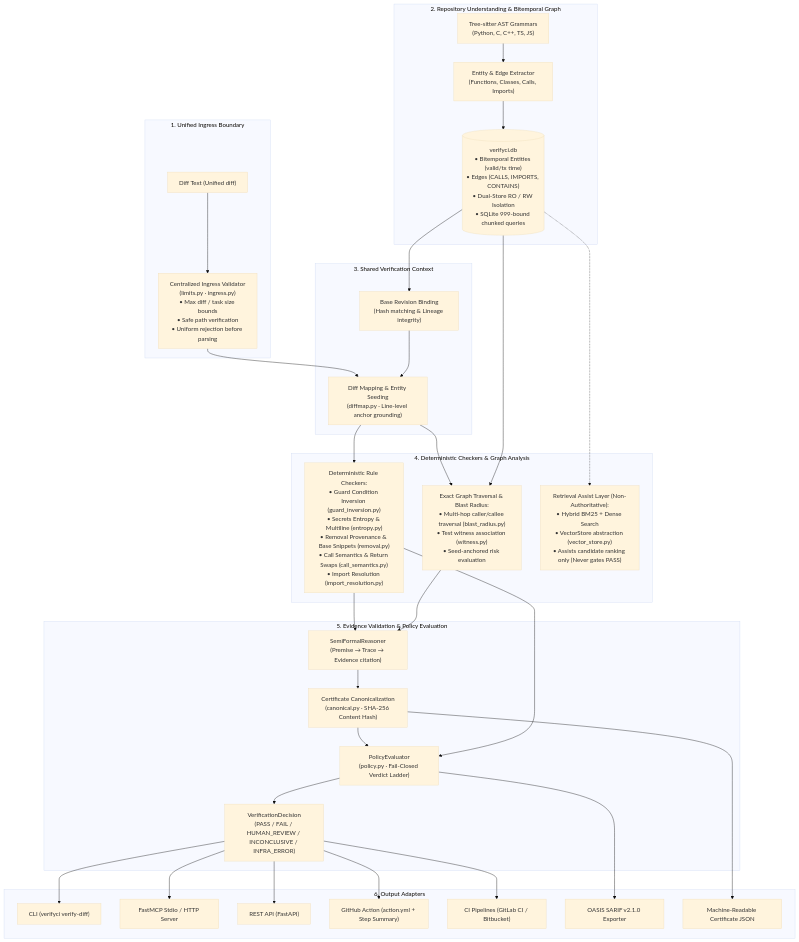
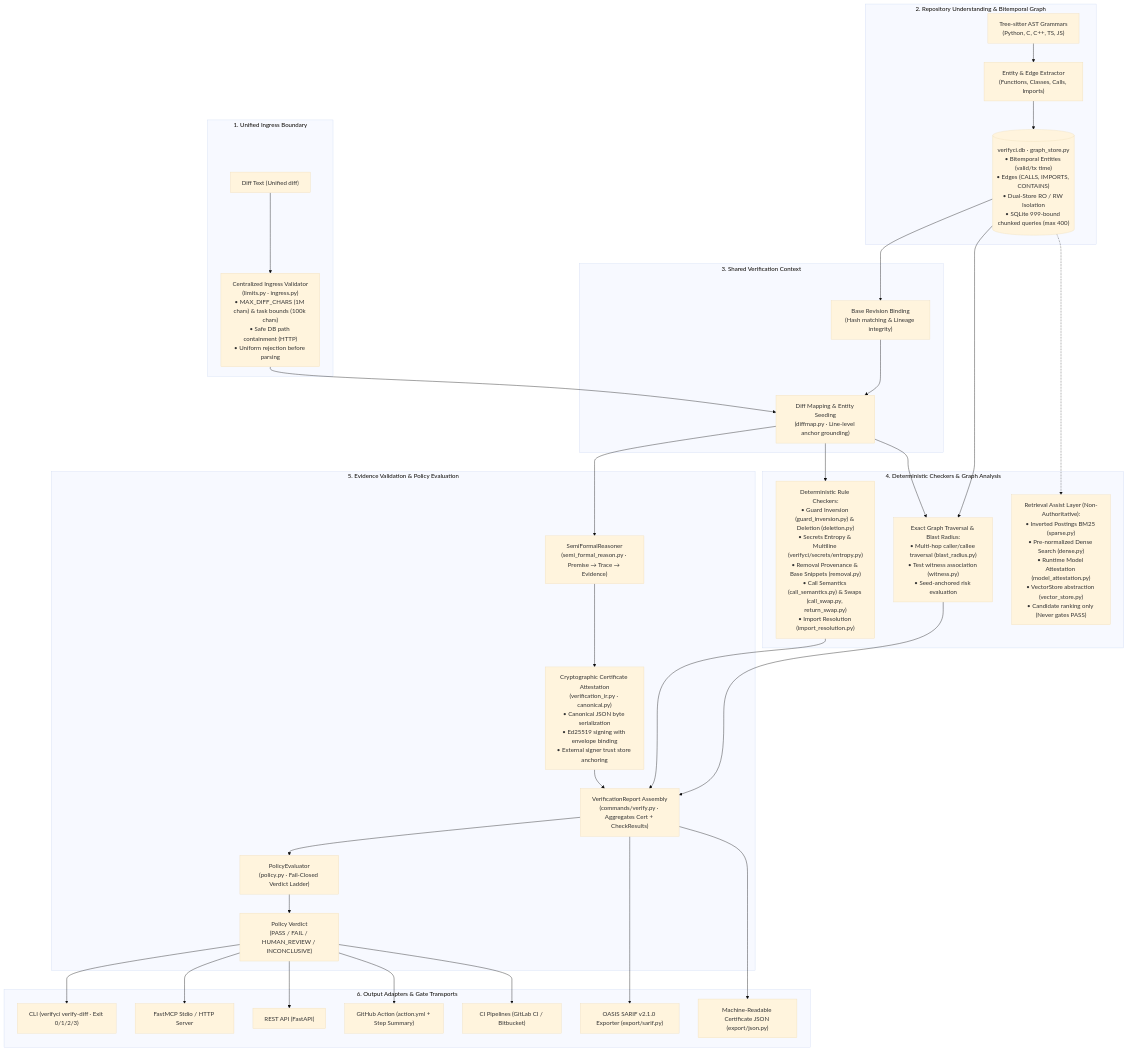
One commit to NeutronZero/VerifyCI changed the diagram in docs/architecture.md. Above: the diagram before and after it, drawn with Mermaid (base theme). The commit also changed other lines of this file, not shown here.

Commit message:
docs(architecture): update architecture specification and pipeline flow with subagent audit refinements

````diff
--- a/docs/architecture.md
+++ b/docs/architecture.md
@@ -11,69 +11,71 @@
 ```mermaid
 flowchart TD
     subgraph Stage1["1. Unified Ingress Boundary"]
         RawDiff["Diff Text (Unified diff)"]
-        Ingress["Centralized Ingress Validator\n(limits.py · ingress.py)\n• Max diff / task size bounds\n• Safe path verification\n• Uniform rejection before parsing"]
+        Ingress["Centralized Ingress Validator\n(limits.py · ingress.py)\n• MAX_DIFF_CHARS (1M chars) & task bounds (100k chars)\n• Safe DB path containment (HTTP)\n• Uniform rejection before parsing"]
     end
 
     subgraph Stage2["2. Repository Understanding & Bitemporal Graph"]
         TreeSitter["Tree-sitter AST Grammars\n(Python, C, C++, TS, JS)"]
         Extractor["Entity & Edge Extractor\n(Functions, Classes, Calls, Imports)"]
-        GraphDB[("verifyci.db\n• Bitemporal Entities (valid/tx time)\n• Edges (CALLS, IMPORTS, CONTAINS)\n• Dual-Store RO / RW Isolation\n• SQLite 999-bound chunked queries")]
+        GraphDB[("verifyci.db · graph_store.py\n• Bitemporal Entities (valid/tx time)\n• Edges (CALLS, IMPORTS, CONTAINS)\n• Dual-Store RO / RW Isolation\n• SQLite 999-bound chunked queries (max 400)")]
     end
 
     subgraph Stage3["3. Shared Verification Context"]
         DiffMap["Diff Mapping & Entity Seeding\n(diffmap.py · Line-level anchor grounding)"]
         BaseRef["Base Revision Binding\n(Hash matching & Lineage integrity)"]
     end
 
     subgraph Stage4["4. Deterministic Checkers & Graph Analysis"]
-        Checkers["Deterministic Rule Checkers:\n• Guard Condition Inversion (guard_inversion.py)\n• Secrets Entropy & Multiline (entropy.py)\n• Removal Provenance & Base Snippets (removal.py)\n• Call Semantics & Return Swaps (call_semantics.py)\n• Import Resolution (import_resolution.py)"]
+        Checkers["Deterministic Rule Checkers:\n• Guard Inversion (guard_inversion.py) & Deletion (deletion.py)\n• Secrets Entropy & Multiline (verifyci/secrets/entropy.py)\n• Removal Provenance & Base Snippets (removal.py)\n• Call Semantics (call_semantics.py) & Swaps (call_swap.py, return_swap.py)\n• Import Resolution (import_resolution.py)"]
         GraphTraversal["Exact Graph Traversal & Blast Radius:\n• Multi-hop caller/callee traversal (blast_radius.py)\n• Test witness association (witness.py)\n• Seed-anchored risk evaluation"]
-        RetrievalAssist["Retrieval Assist Layer (Non-Authoritative):\n• Hybrid BM25 + Dense Search\n• VectorStore abstraction (vector_store.py)\n• Assists candidate ranking only (Never gates PASS)"]
+        RetrievalAssist["Retrieval Assist Layer (Non-Authoritative):\n• Inverted Postings BM25 (sparse.py)\n• Pre-normalized Dense Search (dense.py)\n• Runtime Model Attestation (model_attestation.py)\n• VectorStore abstraction (vector_store.py)\n• Candidate ranking only (Never gates PASS)"]
     end
 
     subgraph Stage5["5. Evidence Validation & Policy Evaluation"]
-        Reasoner["SemiFormalReasoner\n(Premise → Trace → Evidence citation)"]
-        CertAttest["Certificate Canonicalization\n(canonical.py · SHA-256 Content Hash)"]
+        Reasoner["SemiFormalReasoner\n(semi_formal_reason.py · Premise → Trace → Evidence)"]
+        CertSigning["Cryptographic Certificate Attestation\n(verification_ir.py · canonical.py)\n• Canonical JSON byte serialization\n• Ed25519 signing with envelope binding\n• External signer trust store anchoring"]
+        ReportCompile["VerificationReport Assembly\n(commands/verify.py · Aggregates Cert + CheckResults)"]
         Evaluator["PolicyEvaluator\n(policy.py · Fail-Closed Verdict Ladder)"]
-        Decision["VerificationDecision\n(PASS / FAIL / HUMAN_REVIEW / INCONCLUSIVE / INFRA_ERROR)"]
+        Decision["Policy Verdict\n(PASS / FAIL / HUMAN_REVIEW / INCONCLUSIVE)"]
     end
 
-    subgraph Stage6["6. Output Adapters"]
-        CLI["CLI (verifyci verify-diff)"]
+    subgraph Stage6["6. Output Adapters & Gate Transports"]
+        CLI["CLI (verifyci verify-diff · Exit 0/1/2/3)"]
         MCP["FastMCP Stdio / HTTP Server"]
         HTTP["REST API (FastAPI)"]
         GHA["GitHub Action (action.yml + Step Summary)"]
         CI["CI Pipelines (GitLab CI / Bitbucket)"]
-        SARIF["OASIS SARIF v2.1.0 Exporter"]
-        JSON["Machine-Readable Certificate JSON"]
+        SARIF["OASIS SARIF v2.1.0 Exporter (export/sarif.py)"]
+        JSON["Machine-Readable Certificate JSON (export/json.py)"]
     end
 
     RawDiff --> Ingress
     Ingress --> DiffMap
 
     TreeSitter --> Extractor
     Extractor --> GraphDB
     GraphDB --> BaseRef
     BaseRef --> DiffMap
 
     DiffMap --> Checkers
     DiffMap --> GraphTraversal
+    DiffMap --> Reasoner
     GraphDB --> GraphTraversal
     GraphDB -.-> RetrievalAssist
 
-    Checkers --> Reasoner
-    GraphTraversal --> Reasoner
-    Reasoner --> CertAttest
-    CertAttest --> Evaluator
-    Checkers --> Evaluator
+    Reasoner --> CertSigning
+    CertSigning --> ReportCompile
+    Checkers --> ReportCompile
+    GraphTraversal --> ReportCompile
+    ReportCompile --> Evaluator
     Evaluator --> Decision
 
     Decision --> CLI
     Decision --> MCP
     Decision --> HTTP
     Decision --> GHA
     Decision --> CI
-    CertAttest --> JSON
-    Evaluator --> SARIF
+    ReportCompile --> JSON
+    ReportCompile --> SARIF
 ```
````
